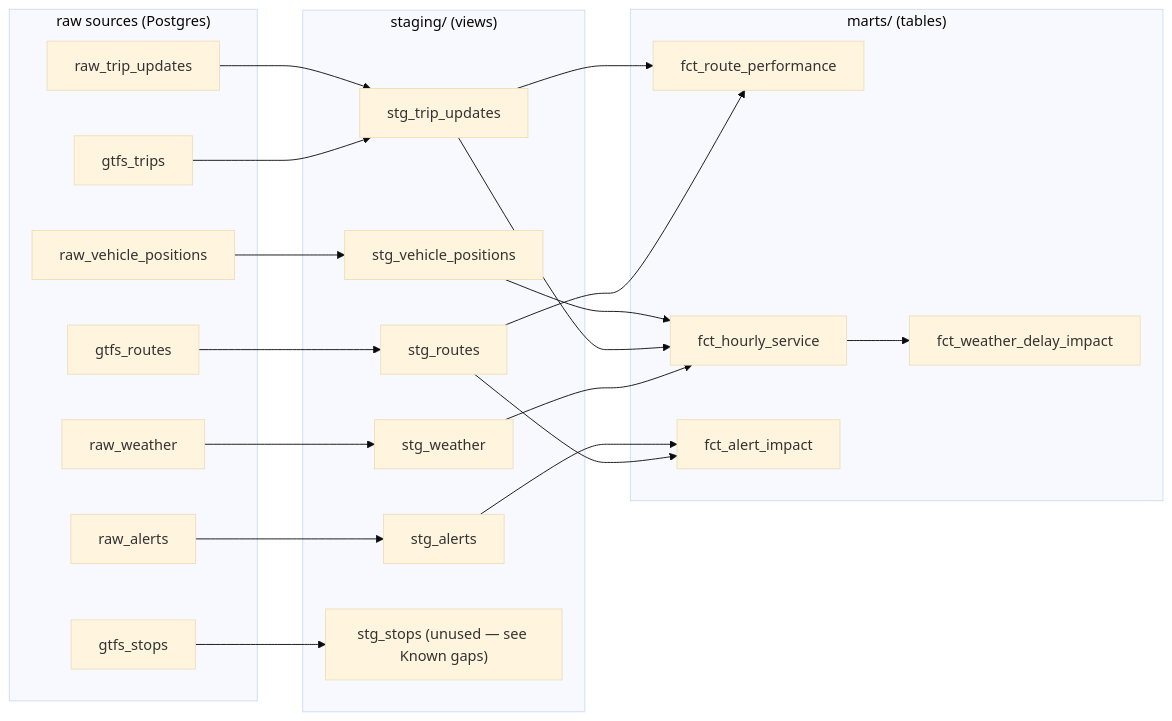
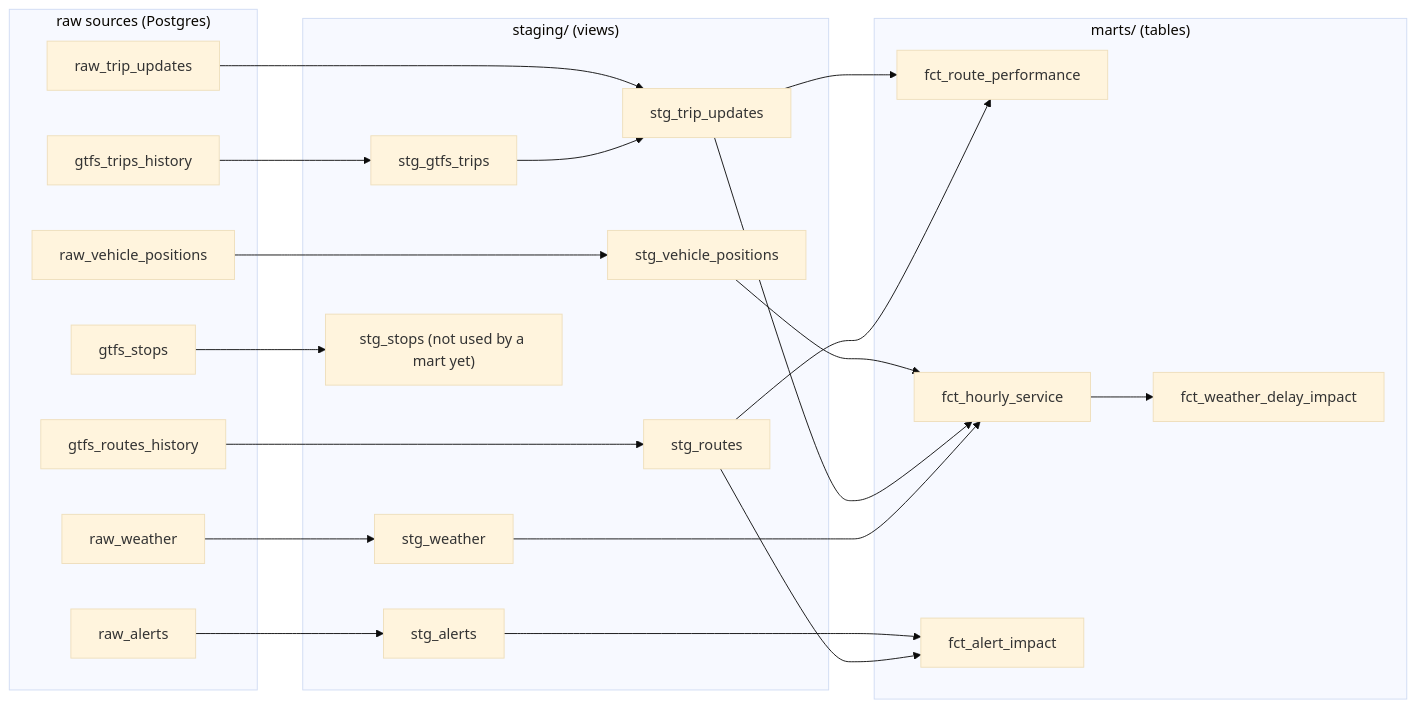
Before and after one commit to imantahami/torino-pulse: the diagram in README.md, drawn with Mermaid (base theme). The commit also changed other lines of this file, not shown here.

````diff
--- a/README.md
+++ b/README.md
@@ -154,45 +158,47 @@
 ```mermaid
 flowchart LR
     subgraph sources["raw sources (Postgres)"]
         raw_vp[raw_vehicle_positions]
         raw_tu[raw_trip_updates]
         raw_al[raw_alerts]
         raw_we[raw_weather]
-        gtfs_tr[gtfs_trips]
-        gtfs_ro[gtfs_routes]
+        gtfs_tr[gtfs_trips_history]
+        gtfs_ro[gtfs_routes_history]
         gtfs_st[gtfs_stops]
     end
 
     subgraph staging["staging/ (views)"]
         stg_vp[stg_vehicle_positions]
         stg_tu[stg_trip_updates]
         stg_al[stg_alerts]
         stg_we[stg_weather]
+        stg_gt[stg_gtfs_trips]
         stg_ro[stg_routes]
-        stg_st["stg_stops (unused — see Known gaps)"]
+        stg_st["stg_stops (not used by a mart yet)"]
     end
 
     subgraph marts["marts/ (tables)"]
         fct_rp[fct_route_performance]
         fct_hs[fct_hourly_service]
         fct_ai[fct_alert_impact]
         fct_wd[fct_weather_delay_impact]
     end
 
     raw_vp --> stg_vp
     raw_tu --> stg_tu
-    gtfs_tr --> stg_tu
+    gtfs_tr --> stg_gt
+    stg_gt --> stg_tu
     raw_al --> stg_al
     raw_we --> stg_we
     gtfs_ro --> stg_ro
     gtfs_st --> stg_st
 
     stg_tu --> fct_rp
     stg_ro --> fct_rp
     stg_vp --> fct_hs
     stg_tu --> fct_hs
     stg_we --> fct_hs
     stg_al --> fct_ai
     stg_ro --> fct_ai
     fct_hs --> fct_wd
 ```
````
